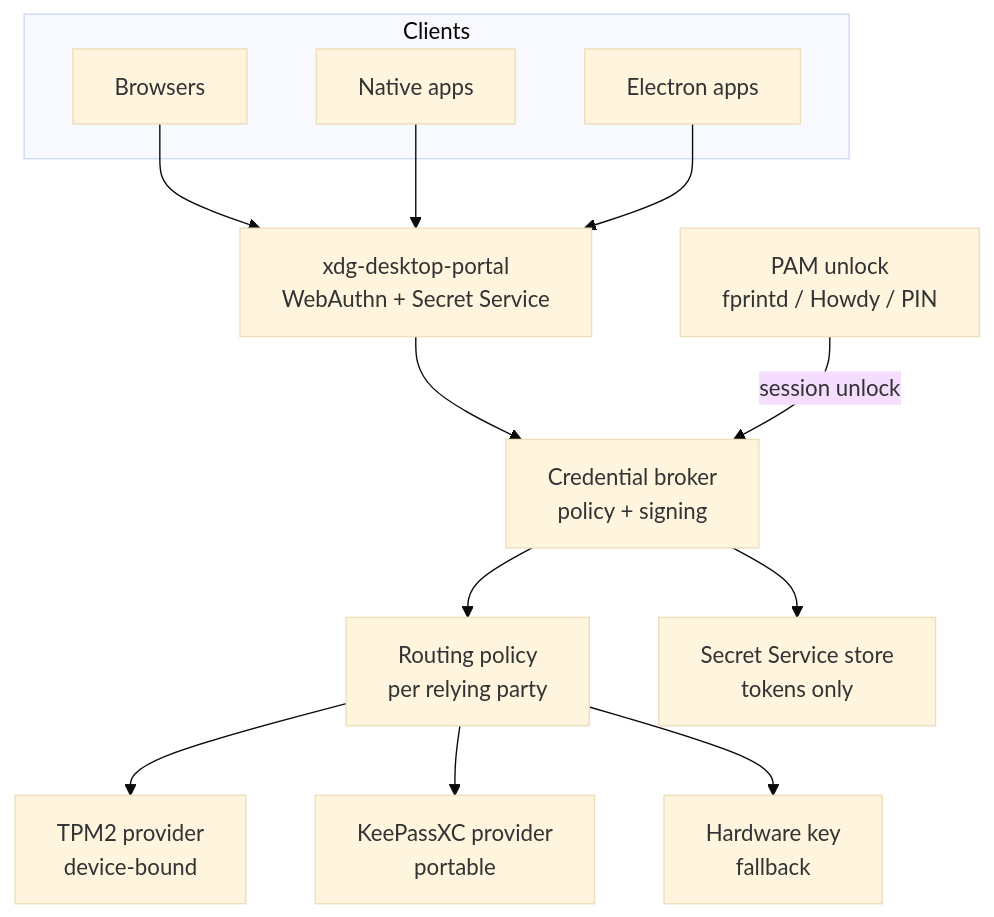
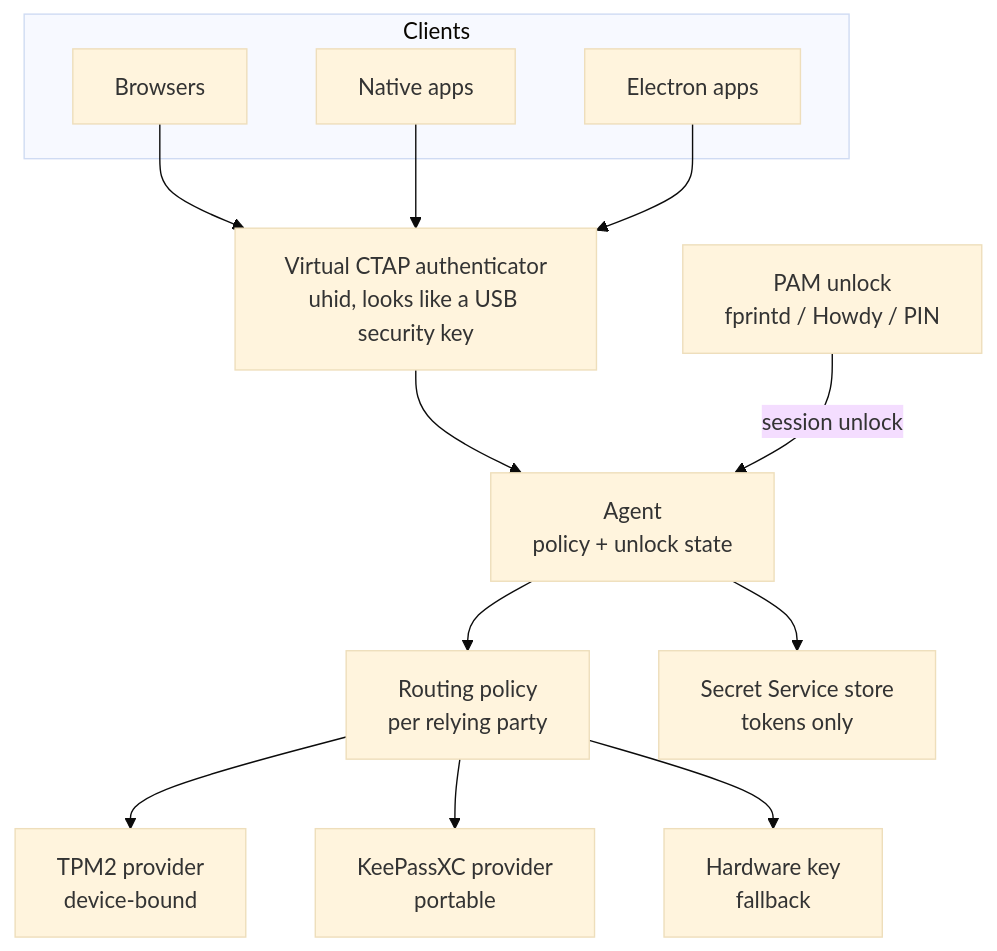
One commit to LinuxHello/architecture changed the diagram in arc42/04-solution-strategy.md. Above: the diagram before and after it, drawn with Mermaid (base theme). The commit also changed other lines of this file and 21 other files, not shown here.

````diff
--- a/arc42/04-solution-strategy.md
+++ b/arc42/04-solution-strategy.md
@@ -29,26 +29,26 @@
 ```mermaid
 flowchart TB
   subgraph Clients
     B[Browsers]
     N[Native apps]
     E[Electron apps]
   end
-  P[xdg-desktop-portal<br/>WebAuthn + Secret Service]
-  BR[Credential broker<br/>policy + signing]
+  P[Virtual CTAP authenticator<br/>uhid, looks like a USB security key]
+  BR[Agent<br/>policy + unlock state]
   U[PAM unlock<br/>fprintd / Howdy / PIN]
   R[Routing policy<br/>per relying party]
   T[TPM2 provider<br/>device-bound]
   K[KeePassXC provider<br/>portable]
   H[Hardware key<br/>fallback]
   SS[Secret Service store<br/>tokens only]
   B --> P
   N --> P
   E --> P
   P --> BR
   U -->|session unlock| BR
   BR --> R
   R --> T
   R --> K
   R --> H
   BR --> SS
 ```
````
